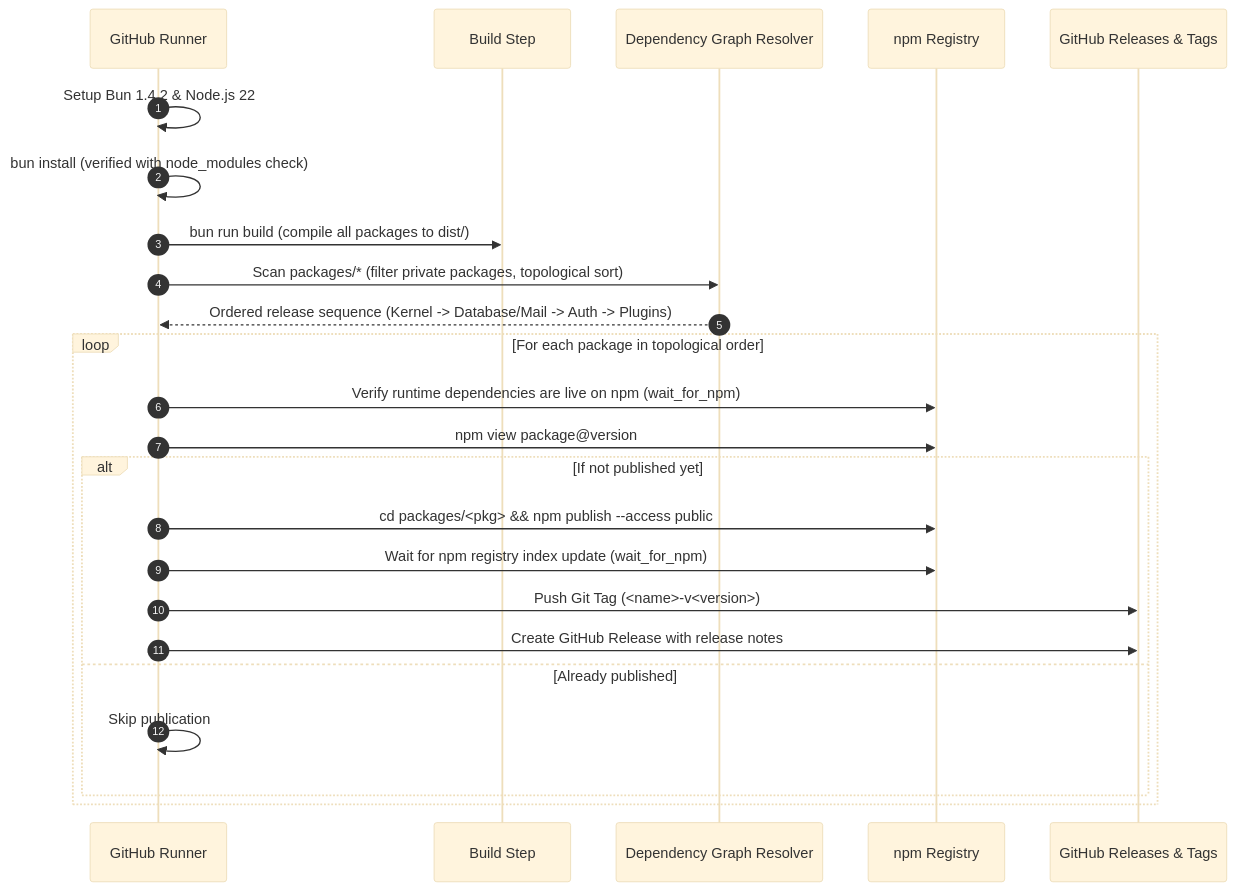
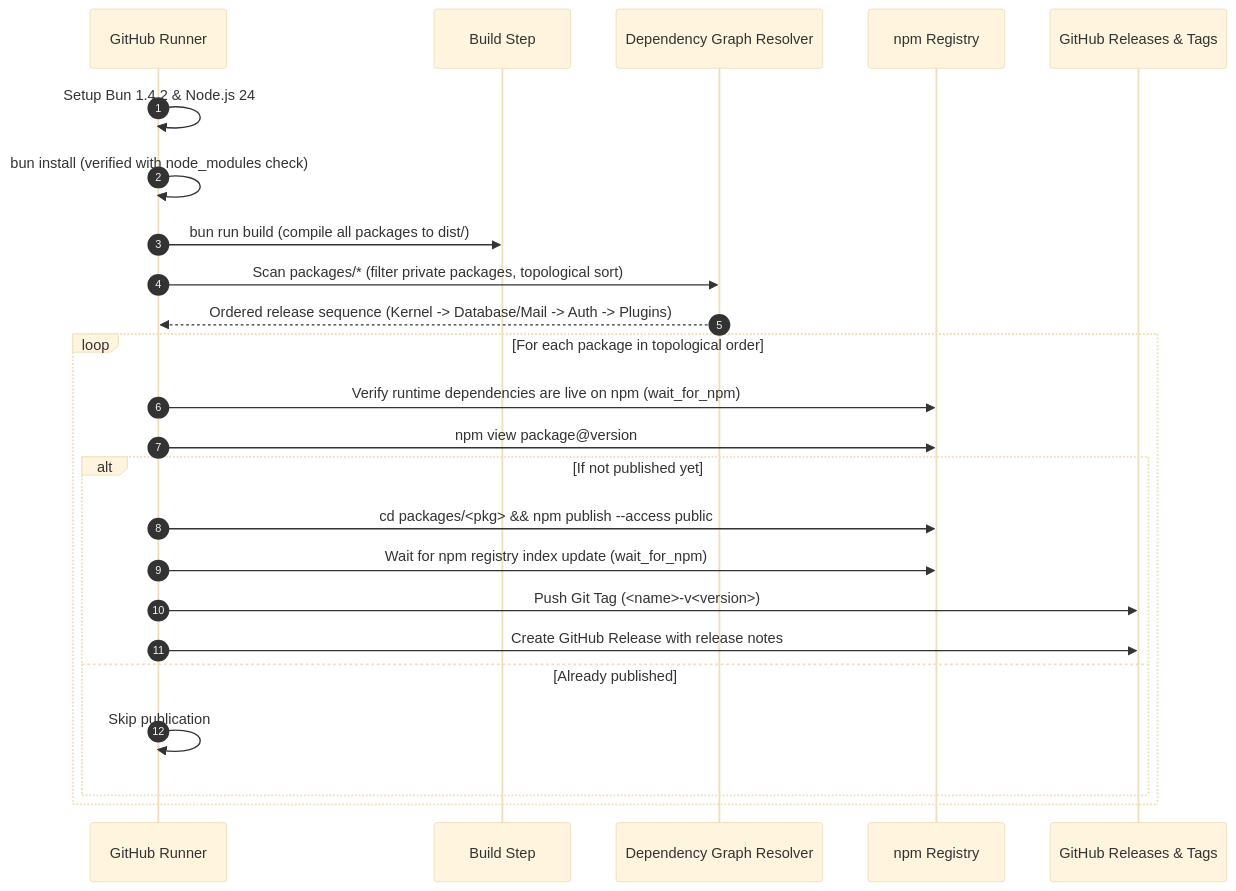
One commit to codewebs-org/veap changed the diagram in docs/maintainer-notes/release-and-versioning.md. Above: the diagram before and after it, drawn with Mermaid (base theme). The commit also changed other lines of this file and 2 other files, not shown here.

````diff
--- a/docs/maintainer-notes/release-and-versioning.md
+++ b/docs/maintainer-notes/release-and-versioning.md
@@ -96,28 +96,28 @@
 ```mermaid
 sequenceDiagram
   autonumber
   participant CI as GitHub Runner
   participant Build as Build Step
   participant Graph as Dependency Graph Resolver
   participant NPM as npm Registry
   participant Git as GitHub Releases & Tags
 
-  CI->>CI: Setup Bun 1.4.2 & Node.js 22
+  CI->>CI: Setup Bun 1.4.2 & Node.js 24
   CI->>CI: bun install (verified with node_modules check)
   CI->>Build: bun run build (compile all packages to dist/)
   CI->>Graph: Scan packages/* (filter private packages, topological sort)
   Graph-->>CI: Ordered release sequence (Kernel -> Database/Mail -> Auth -> Plugins)
 
   loop For each package in topological order
     CI->>NPM: Verify runtime dependencies are live on npm (wait_for_npm)
     CI->>NPM: npm view package@version
     alt If not published yet
       CI->>NPM: cd packages/<pkg> && npm publish --access public
       CI->>NPM: Wait for npm registry index update (wait_for_npm)
       CI->>Git: Push Git Tag (<name>-v<version>)
       CI->>Git: Create GitHub Release with release notes
     else Already published
       CI->>CI: Skip publication
     end
   end
 ```
````
